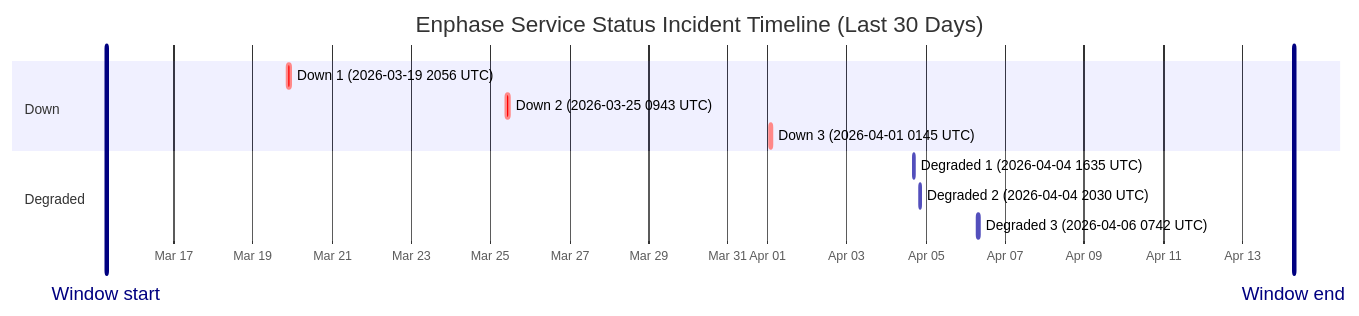
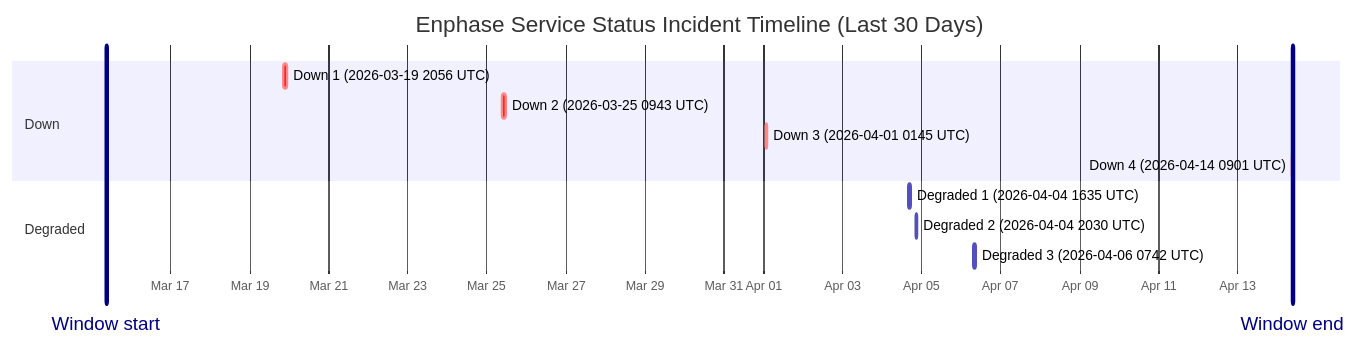
The diagram in wiki/Service-Status-History.md (barneyonline/ha-enphase-ev-charger), drawn with Mermaid before and after one commit. The commit also changed other lines of this file and 4 other files, not shown here.

````diff
--- a/wiki/Service-Status-History.md
+++ b/wiki/Service-Status-History.md
@@ -14,16 +14,17 @@
 ```mermaid
 gantt
     title Enphase Service Status Incident Timeline (Last 30 Days)
     dateFormat  YYYY-MM-DDTHH:mm:ss
     axisFormat  %b %d
-    Window start :vert, window-start, 2026-03-15T07:06:49, 0ms
-    Window end :vert, window-end, 2026-04-14T07:06:49, 0ms
+    Window start :vert, window-start, 2026-03-15T09:01:13, 0ms
+    Window end :vert, window-end, 2026-04-14T09:01:13, 0ms
     section Down
     Down 1 (2026-03-19 2056 UTC) :crit, down-1, 2026-03-19T20:56:20, 145m
     Down 2 (2026-03-25 0943 UTC) :crit, down-2, 2026-03-25T09:43:28, 111m
     Down 3 (2026-04-01 0145 UTC) :crit, down-3, 2026-04-01T01:45:09, 60m
+    Down 4 (2026-04-14 0901 UTC) :crit, down-4, 2026-04-14T09:01:13, 60m
     section Degraded
     Degraded 1 (2026-04-04 1635 UTC) :active, degraded-1, 2026-04-04T16:35:17, 60m
     Degraded 2 (2026-04-04 2030 UTC) :active, degraded-2, 2026-04-04T20:30:40, 60m
     Degraded 3 (2026-04-06 0742 UTC) :active, degraded-3, 2026-04-06T07:42:09, 85m
 ```
````
